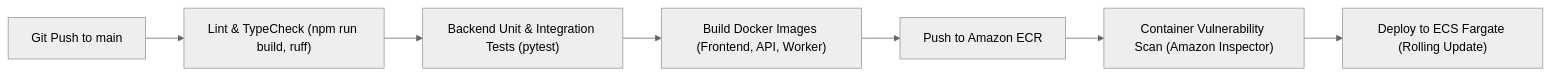
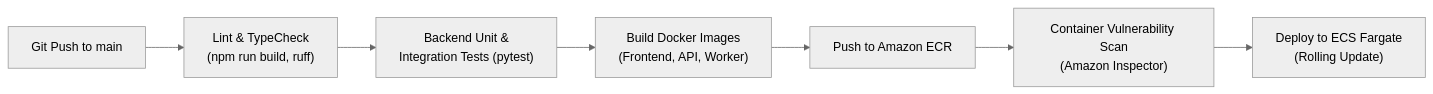
Before and after one commit to 7sg56/cloudguard: the tenth of 10 diagrams in ARCHITECTURE_AND_SETUP.md, drawn with Mermaid (neutral theme). The commit also changed other lines of this file and 19 other files, not shown here.

````diff
--- a/ARCHITECTURE_AND_SETUP.md
+++ b/ARCHITECTURE_AND_SETUP.md
@@ -633,9 +633,9 @@
 ```mermaid
-graph LR
-    Push["Git Push to main"] --> Lint["Lint & TypeCheck (npm run build, ruff)"]
-    Lint --> Test["Backend Unit & Integration Tests (pytest)"]
-    Test --> Build["Build Docker Images (Frontend, API, Worker)"]
+flowchart LR
+    Push["Git Push to main"] --> Lint["Lint & TypeCheck<br/>(npm run build, ruff)"]
+    Lint --> Test["Backend Unit &<br/>Integration Tests (pytest)"]
+    Test --> Build["Build Docker Images<br/>(Frontend, API, Worker)"]
     Build --> ECR["Push to Amazon ECR"]
-    ECR --> Scan["Container Vulnerability Scan (Amazon Inspector)"]
-    Scan --> Deploy["Deploy to ECS Fargate (Rolling Update)"]
+    ECR --> Scan["Container Vulnerability Scan<br/>(Amazon Inspector)"]
+    Scan --> Deploy["Deploy to ECS Fargate<br/>(Rolling Update)"]
 ```
````
